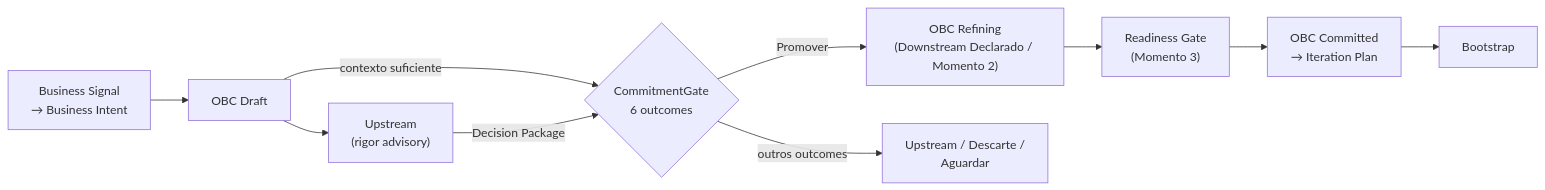
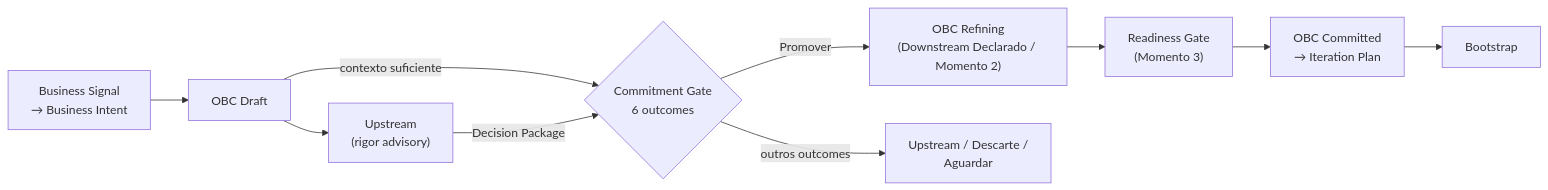
One commit to produtoreativo/from-intent-to-outcome changed the third of 3 diagrams in capitulo-03.md. Above: the diagram before and after it, drawn with Mermaid. The commit also changed other lines of this file and 26 other files, not shown here.

````diff
--- a/capitulo-03.md
+++ b/capitulo-03.md
@@ -210,12 +210,12 @@
 ```mermaid
 graph LR
     BS["Business Signal\n→ Business Intent"] --> A["OBC Draft"]
     A --> UP["Upstream\n(rigor advisory)"]
-    A -->|"contexto suficiente"| CG{"CommitmentGate\n6 outcomes"}
+    A -->|"contexto suficiente"| CG{"Commitment Gate\n6 outcomes"}
     UP -->|"Decision Package"| CG
     CG -->|"Promover"| C["OBC Refining\n(Downstream Declarado / Momento 2)"]
     CG -->|"outros outcomes"| X["Upstream / Descarte /\nAguardar"]
     C --> D["Readiness Gate\n(Momento 3)"]
     D --> E["OBC Committed\n→ Iteration Plan"]
     E --> F["Bootstrap"]
 ```
````
